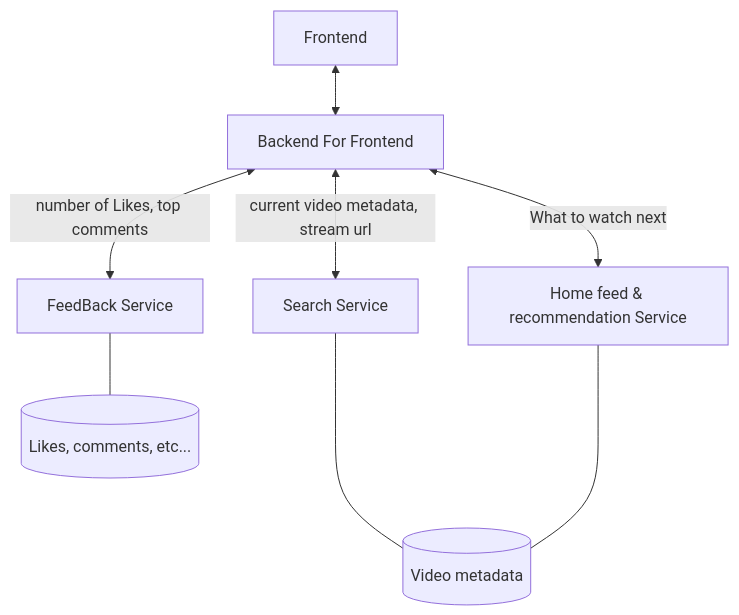
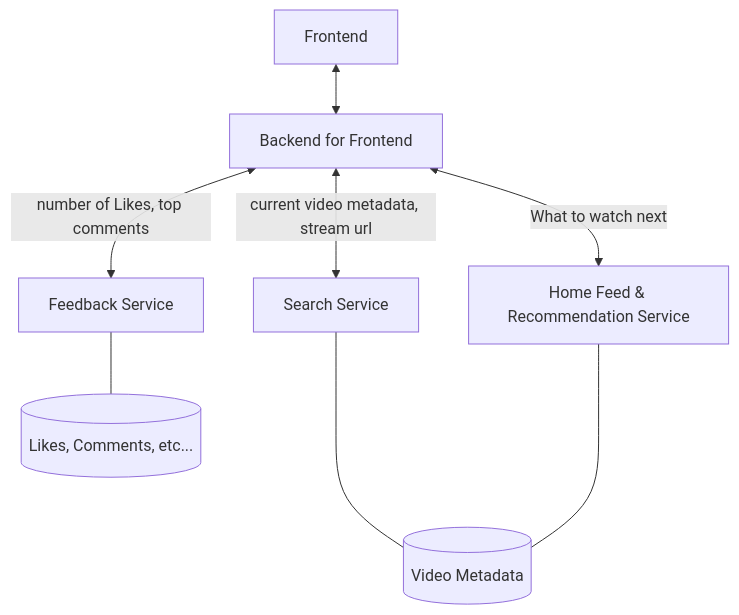
Before and after one commit to kevthunder/Vention-system-design-assessment: the fourth of 12 diagrams in docs/README.md, drawn with Mermaid. The commit also changed other lines of this file and 1 other file, not shown here.

````diff
--- a/docs/README.md
+++ b/docs/README.md
@@ -140,19 +146,19 @@
 ```mermaid
 flowchart TD
     Frontend[Frontend]
-    BFF[Backend For Frontend]
+    BFF[Backend for Frontend]
     Frontend <--> BFF
 
     Search[Search Service]
-    VideoDB[(Video metadata)]
+    VideoDb[(Video Metadata)]
     BFF -- current video metadata, stream url<--> Search
-    Search ---- VideoDB
+    Search ---- VideoDb
 
-    Feed[Home feed & recommendation Service]
+    Feed[Home Feed & Recommendation Service]
     BFF -- What to watch next <--> Feed
-    Feed ---- VideoDB
+    Feed ---- VideoDb
 
-    FeedBack[FeedBack Service]
-    FeedBackDB[("Likes, comments, etc...")]
-    BFF -- number of Likes, top comments <--> FeedBack --- FeedBackDB
+    Feedback[Feedback Service]
+    FeedbackDb[(Likes, Comments, etc...)]
+    BFF -- number of Likes, top comments <--> Feedback --- FeedbackDb
 ```
````
